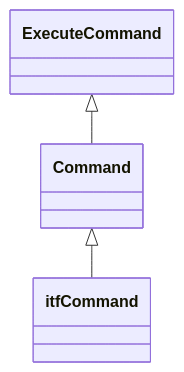
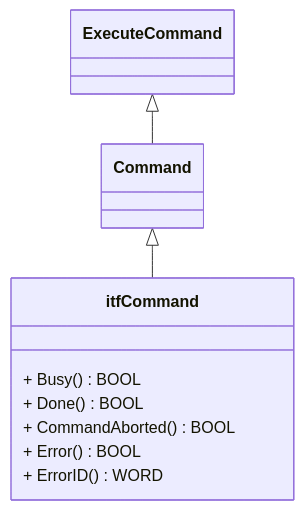
Before and after one commit to simatic-ax/commands: the second of 2 diagrams in README.md, drawn with Mermaid.

Commit message:
add class diagram to readme

````diff
--- a/README.md
+++ b/README.md
@@ -38,6 +38,12 @@
 ```mermaid
  classDiagram
       ExecuteCommand <|-- Command
       Command <|-- itfCommand
-      class itfCommand
+      class itfCommand{
+        + Busy() BOOL
+        + Done() BOOL
+        + CommandAborted() BOOL
+        + Error() BOOL
+        + ErrorID() WORD
+      }
 ```
````
